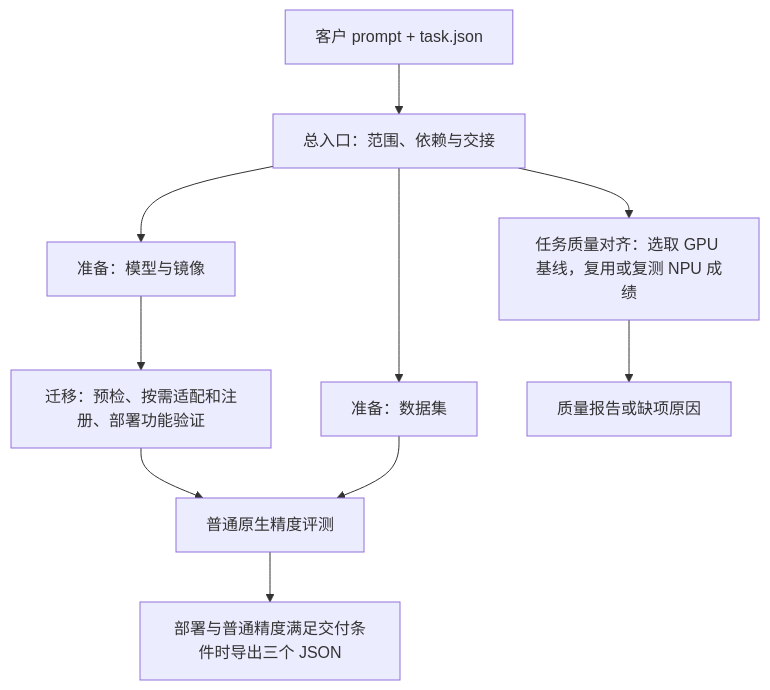
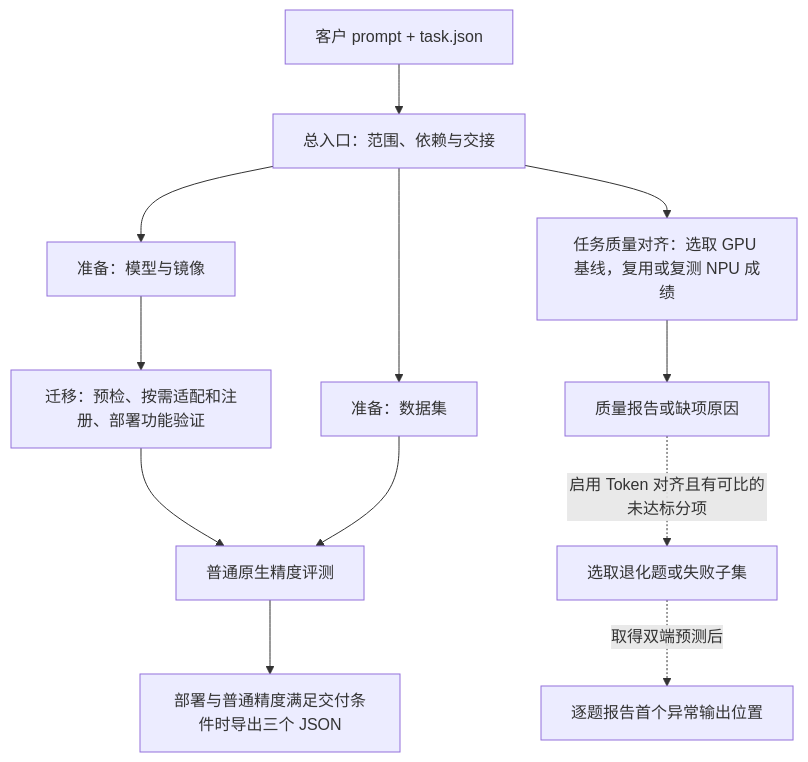
One commit to 23japhone/model-migration changed the diagram in README.md. Above: the diagram before and after it, drawn with Mermaid. The commit also changed other lines of this file and 9 other files, not shown here.

````diff
--- a/README.md
+++ b/README.md
@@ -92,12 +92,14 @@
 ```mermaid
 flowchart TD
     U[客户 prompt + task.json] --> E[总入口：范围、依赖与交接]
     E --> P[准备：模型与镜像]
     E --> D[准备：数据集]
     P --> M[迁移：预检、按需适配和注册、部署功能验证]
     M --> A[普通原生精度评测]
     D --> A
     A --> H[部署与普通精度满足交付条件时导出三个 JSON]
     E --> Q[任务质量对齐：选取 GPU 基线，复用或复测 NPU 成绩]
     Q --> R[质量报告或缺项原因]
+    R -. 启用 Token 对齐且有可比的未达标分项 .-> T[选取退化题或失败子集]
+    T -. 取得双端预测后 .-> C[逐题报告首个异常输出位置]
 ```
````
